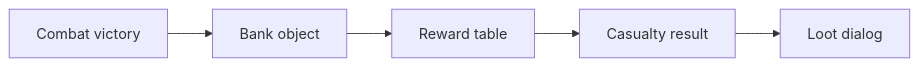
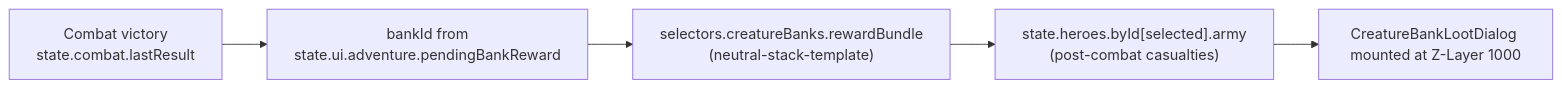
Before and after one commit to SunaNoOshiro/Heroes_Reforged_AI_Realms: the second of 5 diagrams in docs/architecture/wiki/screens/12-creature-bank-loot/architecture.md, drawn with Mermaid. The commit also changed other lines of this file and 518 other files, not shown here.

First line of the commit message:
Add doc-audit skill and sweep architecture/screen docs

````diff
--- a/docs/architecture/wiki/screens/12-creature-bank-loot/architecture.md
+++ b/docs/architecture/wiki/screens/12-creature-bank-loot/architecture.md
@@ -30,8 +28,8 @@
 ```mermaid
 flowchart LR
-  L0["Combat victory"] --> L1
-  L1["Bank object"] --> L2
-  L2["Reward table"] --> L3
-  L3["Casualty result"] --> L4
-  L4["Loot dialog"]
+  L0["Combat victory<br/>state.combat.lastResult"] --> L1
+  L1["bankId from<br/>state.ui.adventure.pendingBankReward"] --> L2
+  L2["selectors.creatureBanks.rewardBundle<br/>(neutral-stack-template)"] --> L3
+  L3["state.heroes.byId[selected].army<br/>(post-combat casualties)"] --> L4
+  L4["CreatureBankLootDialog mounted at Z-Layer 1000"]
 ```
````
